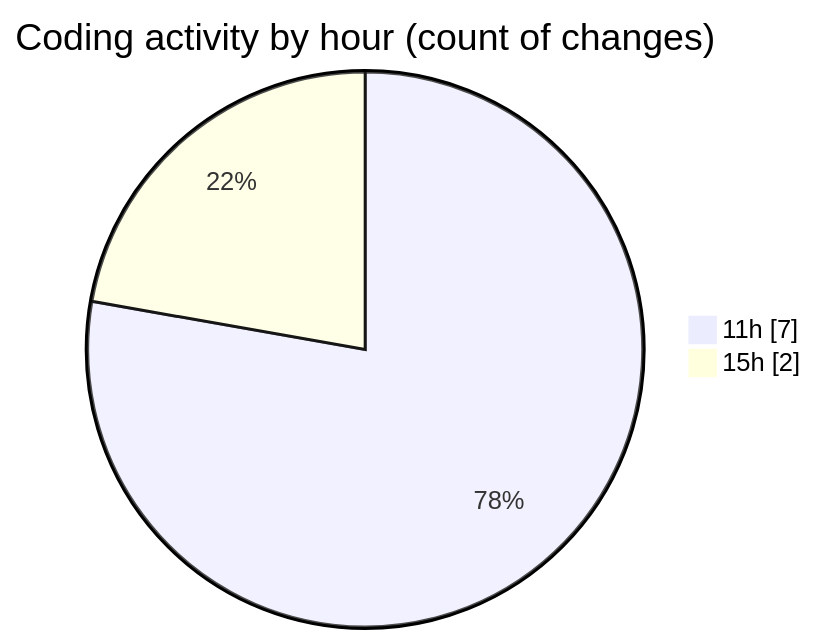
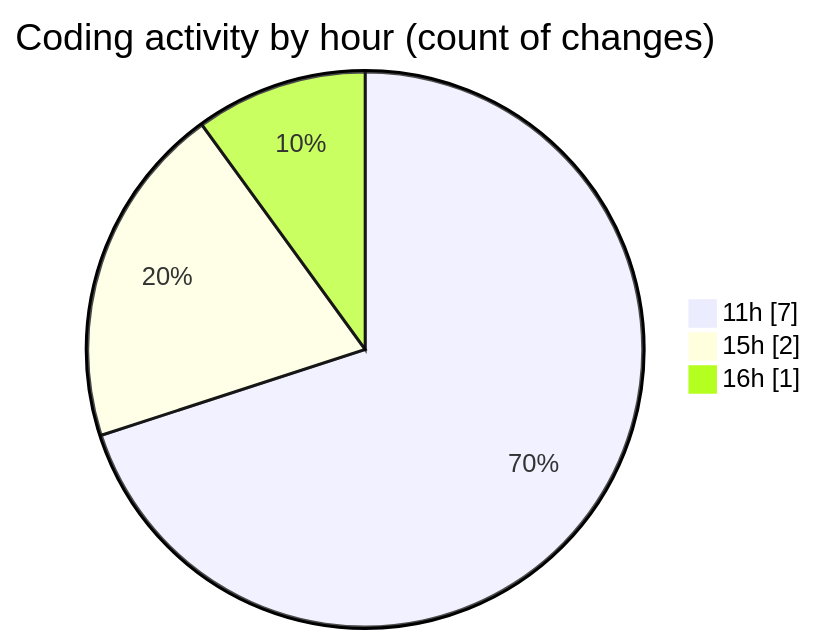
One commit to jcpc91/code-tracking changed the second of 2 diagrams in 2025-05-12/cancelacionsegurosvida/README.md. Above: the diagram before and after it, drawn with Mermaid. The commit also changed other lines of this file and 1 other file, not shown here.

````diff
--- a/2025-05-12/cancelacionsegurosvida/README.md
+++ b/2025-05-12/cancelacionsegurosvida/README.md
@@ -32,6 +32,7 @@
 ```mermaid
 pie showData
 title Coding activity by hour (count of changes)
 "11h" : 7
 "15h" : 2
+"16h" : 1
 ```
````
